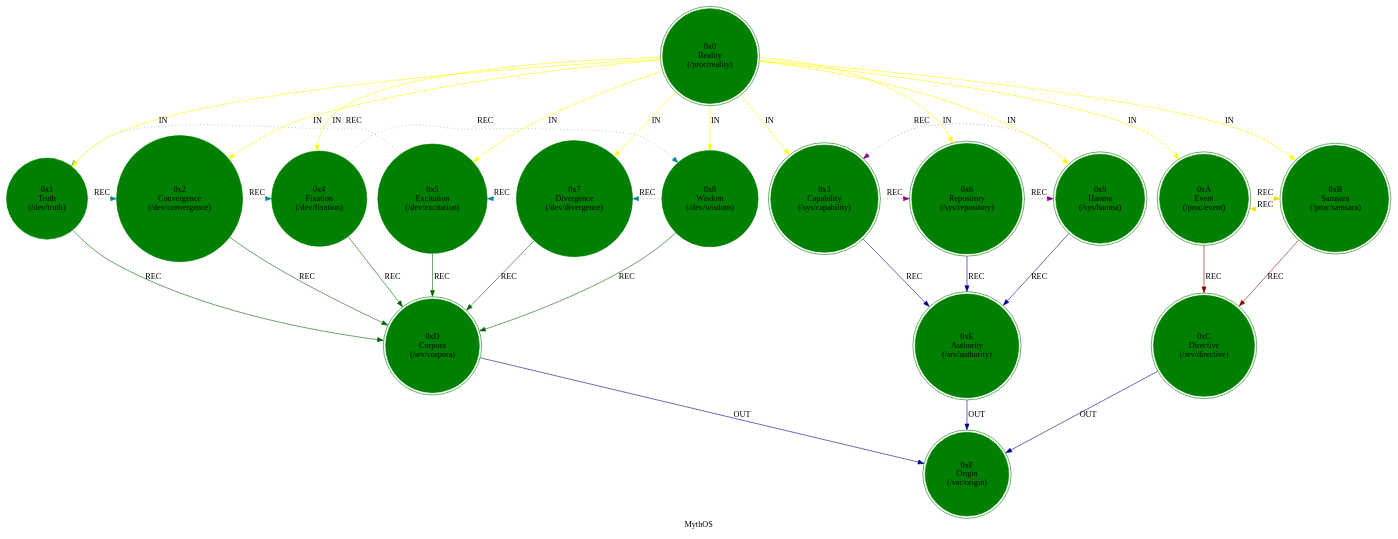
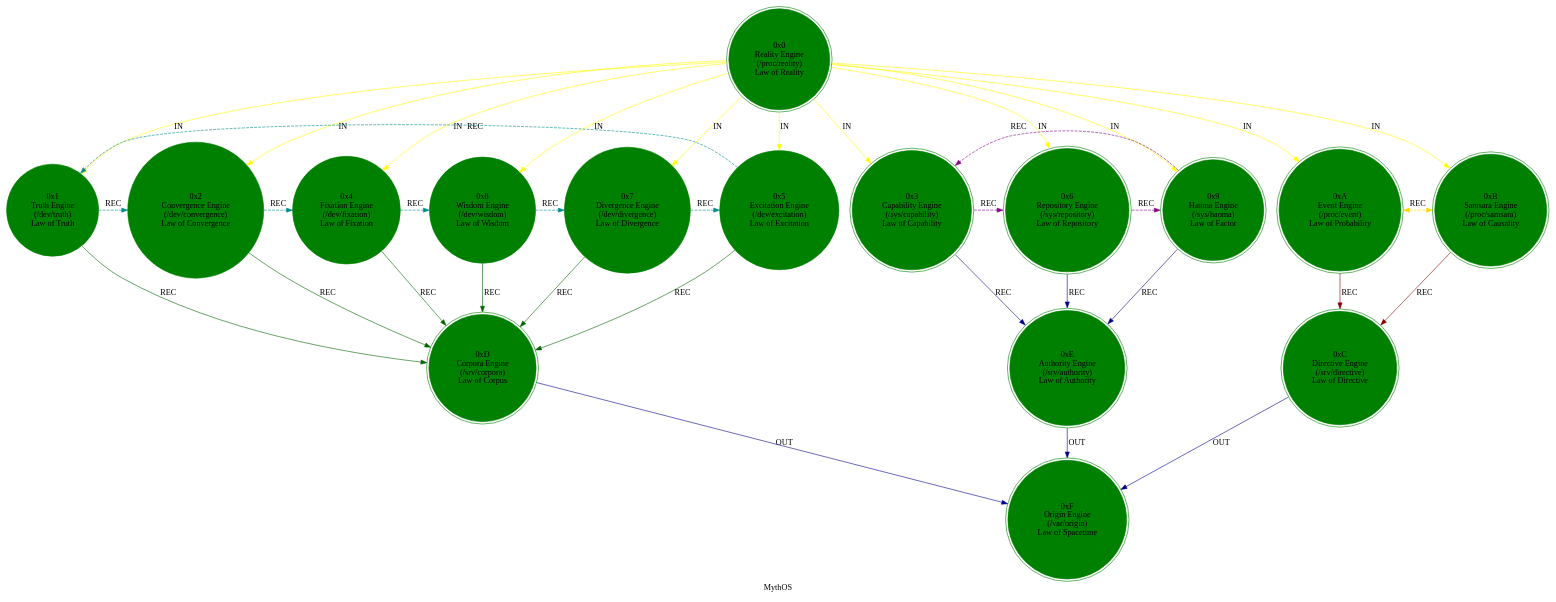
The diagram in src/core/mythos.dot (cilang/mythos), drawn with Graphviz before and after one commit. The commit also changed 5 other files, not shown here.

```diff
--- a/src/core/mythos.dot
+++ b/src/core/mythos.dot
@@ -1,39 +1,39 @@
 strict digraph G {
     label = "MythOS";
     style = filled;
     color = grey90;
     node [shape = circle; style = filled; color = green;];
     edge [color = darkgray;];
     
-    spark_1_mythos_t [label = "0x1\nTruth\n(/dev/truth)";];
-    spark_2_mythos_t [label = "0x2\nConvergence\n(/dev/convergence)";];
-    spark_4_mythos_t [label = "0x4\nFixation\n(/dev/fixation)";];
-    spark_5_mythos_t [label = "0x5\nExcitation\n(/dev/excitation)";];
-    spark_7_mythos_t [label = "0x7\nDivergence\n(/dev/divergence)";];
-    spark_8_mythos_t [label = "0x8\nWisdom\n(/dev/wisdom)";];
-    spark_3_mythos_t [label = "0x3\nCapability\n(/sys/capability)";shape = doublecircle;];
-    spark_6_mythos_t [label = "0x6\nRepository\n(/sys/repository)";shape = doublecircle;];
-    spark_9_mythos_t [label = "0x9\nHaoma\n(/sys/haoma)";shape = doublecircle;];
-    spark_a_mythos_t [label = "0xA\nEvent\n(/proc/event)";shape = doublecircle;];
-    spark_0_mythos_t [label = "0x0\nReality\n(/proc/reality)";shape = doublecircle;];
-    spark_b_mythos_t [label = "0xB\nSamsara\n(/proc/samsara)";shape = doublecircle;];
-    spark_c_mythos_t [label = "0xC\nDirective\n(/srv/directive)";shape = doublecircle;];
-    spark_d_mythos_t [label = "0xD\nCorpora\n(/srv/corpora)";shape = doublecircle;];
-    spark_e_mythos_t [label = "0xE\nAuthority\n(/srv/authority)";shape = doublecircle;];
-    spark_f_mythos_t [label = "0xF\nOrigin\n(/var/origin)";shape = doublecircle;];
+    spark_0_mythos_t [label = "0x0\nReality Engine\n(/proc/reality)\nLaw of Reality";shape = doublecircle;comment = "The Kernel";];
+    spark_1_mythos_t [label = "0x1\nTruth Engine\n(/dev/truth)\nLaw of Truth";comment = "Axiomatic Verification";];
+    spark_2_mythos_t [label = "0x2\nConvergence Engine\n(/dev/convergence)\nLaw of Convergence";comment = "Unification Management";];
+    spark_4_mythos_t [label = "0x4\nFixation Engine\n(/dev/fixation)\nLaw of Fixation";comment = "Rhythm Management";];
+    spark_8_mythos_t [label = "0x8\nWisdom Engine\n(/dev/wisdom)\nLaw of Wisdom";comment = "Adaptive Verification";];
+    spark_7_mythos_t [label = "0x7\nDivergence Engine\n(/dev/divergence)\nLaw of Divergence";comment = "Diversity Management";];
+    spark_5_mythos_t [label = "0x5\nExcitation Engine\n(/dev/excitation)\nLaw of Excitation";comment = "Pattern Management";];
+    spark_3_mythos_t [label = "0x3\nCapability Engine\n(/sys/capability)\nLaw of Capability";shape = doublecircle;comment = "Capability System";];
+    spark_6_mythos_t [label = "0x6\nRepository Engine\n(/sys/repository)\nLaw of Repository";shape = doublecircle;comment = "Storage System";];
+    spark_9_mythos_t [label = "0x9\nHaoma Engine\n(/sys/haoma)\nLaw of Factor";shape = doublecircle;comment = "Entity Recursion Descriptor Engine";];
+    spark_a_mythos_t [label = "0xA\nEvent Engine\n(/proc/event)\nLaw of Probability";shape = doublecircle;comment = "Probability Field";];
+    spark_b_mythos_t [label = "0xB\nSamsara Engine\n(/proc/samsara)\nLaw of Causality";shape = doublecircle;comment = "Causality Enforcement";];
+    spark_c_mythos_t [label = "0xC\nDirective Engine\n(/srv/directive)\nLaw of Directive";shape = doublecircle;comment = "Rule Arbitration";];
+    spark_d_mythos_t [label = "0xD\nCorpora Engine\n(/srv/corpora)\nLaw of Corpus";shape = doublecircle;comment = "Entity Manifestation Engine";];
+    spark_e_mythos_t [label = "0xE\nAuthority Engine\n(/srv/authority)\nLaw of Authority";shape = doublecircle;comment = "Entity Access Control";];
+    spark_f_mythos_t [label = "0xF\nOrigin Engine\n(/var/origin)\nLaw of Spacetime";shape = doublecircle;comment = "";];
     
     // IN = Input
     // OUT = Output
     // REC = Recursion
     spark_0_mythos_t -> {spark_a_mythos_t spark_b_mythos_t spark_1_mythos_t spark_2_mythos_t spark_3_mythos_t spark_4_mythos_t spark_5_mythos_t spark_6_mythos_t spark_7_mythos_t spark_8_mythos_t spark_9_mythos_t} [label = "IN"; color = yellow; comment = "";];
     
     {spark_a_mythos_t spark_b_mythos_t} -> spark_c_mythos_t [label = "REC"; color = darkred; comment = "";];
     {spark_1_mythos_t spark_2_mythos_t spark_4_mythos_t spark_8_mythos_t spark_7_mythos_t spark_5_mythos_t} -> spark_d_mythos_t [label = "REC"; color = darkgreen; comment = "";];
     {spark_3_mythos_t spark_6_mythos_t spark_9_mythos_t} -> spark_e_mythos_t [label = "REC"; color = darkblue; comment = "";];
     
-    spark_1_mythos_t -> spark_2_mythos_t -> spark_4_mythos_t -> spark_8_mythos_t -> spark_7_mythos_t -> spark_5_mythos_t -> spark_1_mythos_t [label = "REC"; color = darkcyan; comment = ""; style = dotted; constraint = false;];
-    spark_3_mythos_t -> spark_6_mythos_t -> spark_9_mythos_t -> spark_3_mythos_t [label = "REC"; color = darkmagenta; comment = ""; style = dotted; constraint = false;];
-    spark_a_mythos_t -> spark_b_mythos_t -> spark_a_mythos_t [label = "REC"; color = gold; comment = ""; style = dotted; constraint = false;];
+    spark_1_mythos_t -> spark_2_mythos_t -> spark_4_mythos_t -> spark_8_mythos_t -> spark_7_mythos_t -> spark_5_mythos_t -> spark_1_mythos_t [label = "REC"; color = darkcyan; comment = ""; style = dashed; constraint = false;];
+    spark_3_mythos_t -> spark_6_mythos_t -> spark_9_mythos_t -> spark_3_mythos_t [label = "REC"; color = darkmagenta; comment = ""; style = dashed; constraint = false;];
+    spark_a_mythos_t -> spark_b_mythos_t [label = "REC"; color = gold; comment = ""; style = dashed; constraint = false; dir = both;];
     
     {spark_c_mythos_t spark_d_mythos_t spark_e_mythos_t} -> spark_f_mythos_t [label = "OUT"; color = darkblue; comment = "";];
 }
```
